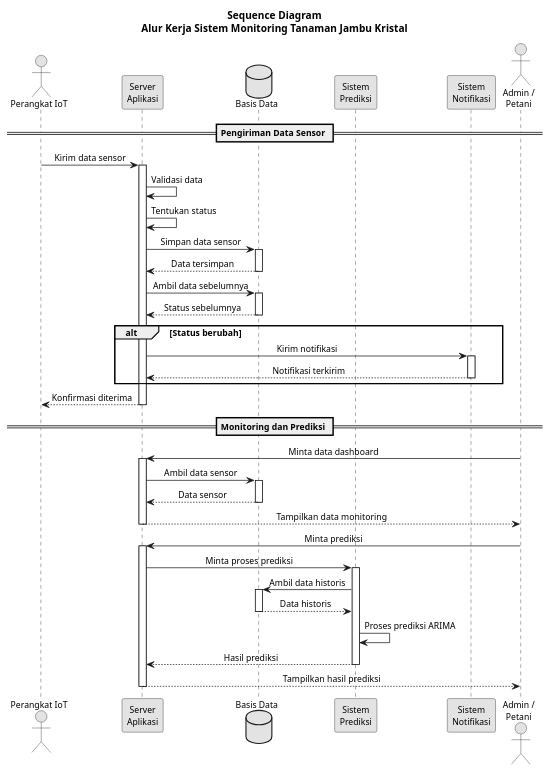
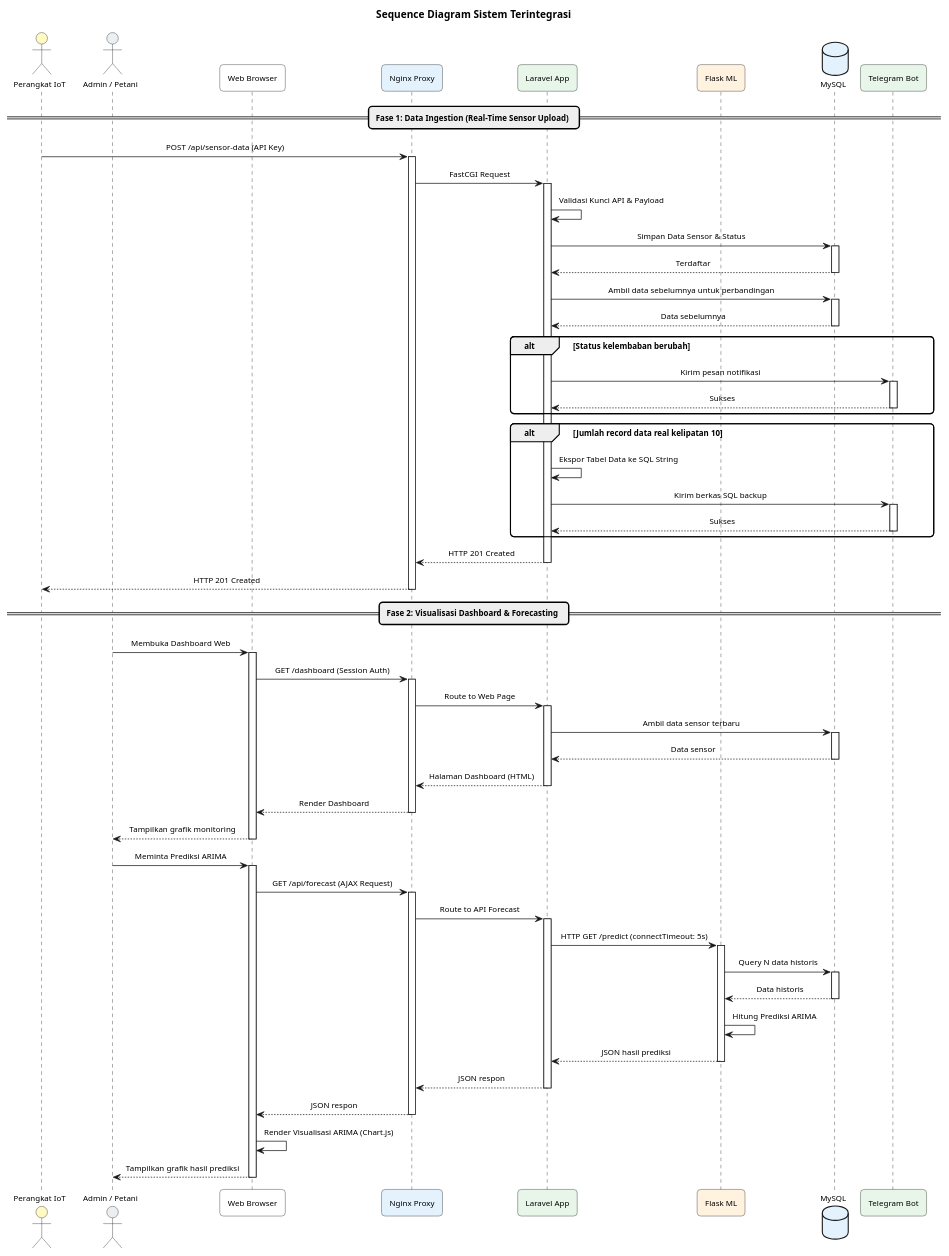
One commit to maa040424/jambu-monitoring changed the diagram in docs/diagrams/6_sequence.puml. Above: the diagram before and after it, drawn with PlantUML. The commit also changed 51 other files, not shown here.

```diff
--- a/docs/diagrams/6_sequence.puml
+++ b/docs/diagrams/6_sequence.puml
@@ -1,71 +1,104 @@
 @startuml Sequence Diagram
-skinparam monochrome true
+
+skinparam backgroundColor white
+skinparam defaultFontName "Segoe UI"
+skinparam defaultFontSize 11
 skinparam shadowing false
-skinparam backgroundColor white
-skinparam defaultFontName Arial
-skinparam defaultFontSize 12
+skinparam roundCorner 10
+skinparam padding 4
 skinparam sequenceMessageAlign center
 
-title Sequence Diagram\nAlur Kerja Sistem Monitoring Tanaman Jambu Kristal
+title **Sequence Diagram Sistem Terintegrasi**
 
-actor "Perangkat IoT" as iot
-participant "Server\nAplikasi" as server
-database "Basis Data" as db
-participant "Sistem\nPrediksi" as ml
-participant "Sistem\nNotifikasi" as notif
-actor "Admin /\nPetani" as user
+actor "Perangkat IoT" as iot #FFF9C4
+actor "Admin / Petani" as user #ECEFF1
+participant "Web Browser" as browser #FFFFFF
+participant "Nginx Proxy" as nginx #E3F2FD
+participant "Laravel App" as laravel #E8F5E9
+participant "Flask ML" as flask #FFF3E0
+database "MySQL" as db #E3F2FD
+participant "Telegram Bot" as telegram #E8F5E9
 
-== Pengiriman Data Sensor ==
+== Fase 1: Data Ingestion (Real-Time Sensor Upload) ==
 
-iot -> server : Kirim data sensor
-activate server
+iot -> nginx : POST /api/sensor-data (API Key)
+activate nginx
+nginx -> laravel : FastCGI Request
+activate laravel
 
-server -> server : Validasi data
-server -> server : Tentukan status
-
-server -> db : Simpan data sensor
+laravel -> laravel : Validasi Kunci API & Payload
+laravel -> db : Simpan Data Sensor & Status
 activate db
-db --> server : Data tersimpan
+db --> laravel : Terdaftar
 deactivate db
 
-server -> db : Ambil data sebelumnya
+laravel -> db : Ambil data sebelumnya untuk perbandingan
 activate db
-db --> server : Status sebelumnya
+db --> laravel : Data sebelumnya
 deactivate db
 
-alt Status berubah
-    server -> notif : Kirim notifikasi
-    activate notif
-    notif --> server : Notifikasi terkirim
-    deactivate notif
+alt Status kelembaban berubah
+    laravel -> telegram : Kirim pesan notifikasi
+    activate telegram
+    telegram --> laravel : Sukses
+    deactivate telegram
 end
 
-server --> iot : Konfirmasi diterima
-deactivate server
+alt Jumlah record data real kelipatan 10
+    laravel -> laravel : Ekspor Tabel Data ke SQL String
+    laravel -> telegram : Kirim berkas SQL backup
+    activate telegram
+    telegram --> laravel : Sukses
+    deactivate telegram
+end
 
-== Monitoring dan Prediksi ==
+laravel --> nginx : HTTP 201 Created
+deactivate laravel
+nginx --> iot : HTTP 201 Created
+deactivate nginx
 
-user -> server : Minta data dashboard
-activate server
-server -> db : Ambil data sensor
+== Fase 2: Visualisasi Dashboard & Forecasting ==
+
+user -> browser : Membuka Dashboard Web
+activate browser
+browser -> nginx : GET /dashboard (Session Auth)
+activate nginx
+nginx -> laravel : Route to Web Page
+activate laravel
+laravel -> db : Ambil data sensor terbaru
 activate db
-db --> server : Data sensor
+db --> laravel : Data sensor
 deactivate db
-server --> user : Tampilkan data monitoring
-deactivate server
+laravel --> nginx : Halaman Dashboard (HTML)
+deactivate laravel
+nginx --> browser : Render Dashboard
+deactivate nginx
+browser --> user : Tampilkan grafik monitoring
+deactivate browser
 
-user -> server : Minta prediksi
-activate server
-server -> ml : Minta proses prediksi
-activate ml
-ml -> db : Ambil data historis
+user -> browser : Meminta Prediksi ARIMA
+activate browser
+browser -> nginx : GET /api/forecast (AJAX Request)
+activate nginx
+nginx -> laravel : Route to API Forecast
+activate laravel
+
+laravel -> flask : HTTP GET /predict (connectTimeout: 5s)
+activate flask
+flask -> db : Query N data historis
 activate db
-db --> ml : Data historis
+db --> flask : Data historis
 deactivate db
-ml -> ml : Proses prediksi ARIMA
-ml --> server : Hasil prediksi
-deactivate ml
-server --> user : Tampilkan hasil prediksi
-deactivate server
+flask -> flask : Hitung Prediksi ARIMA
+flask --> laravel : JSON hasil prediksi
+deactivate flask
+
+laravel --> nginx : JSON respon
+deactivate laravel
+nginx --> browser : JSON respon
+deactivate nginx
+browser -> browser : Render Visualisasi ARIMA (Chart.js)
+browser --> user : Tampilkan grafik hasil prediksi
+deactivate browser
 
 @enduml
```
